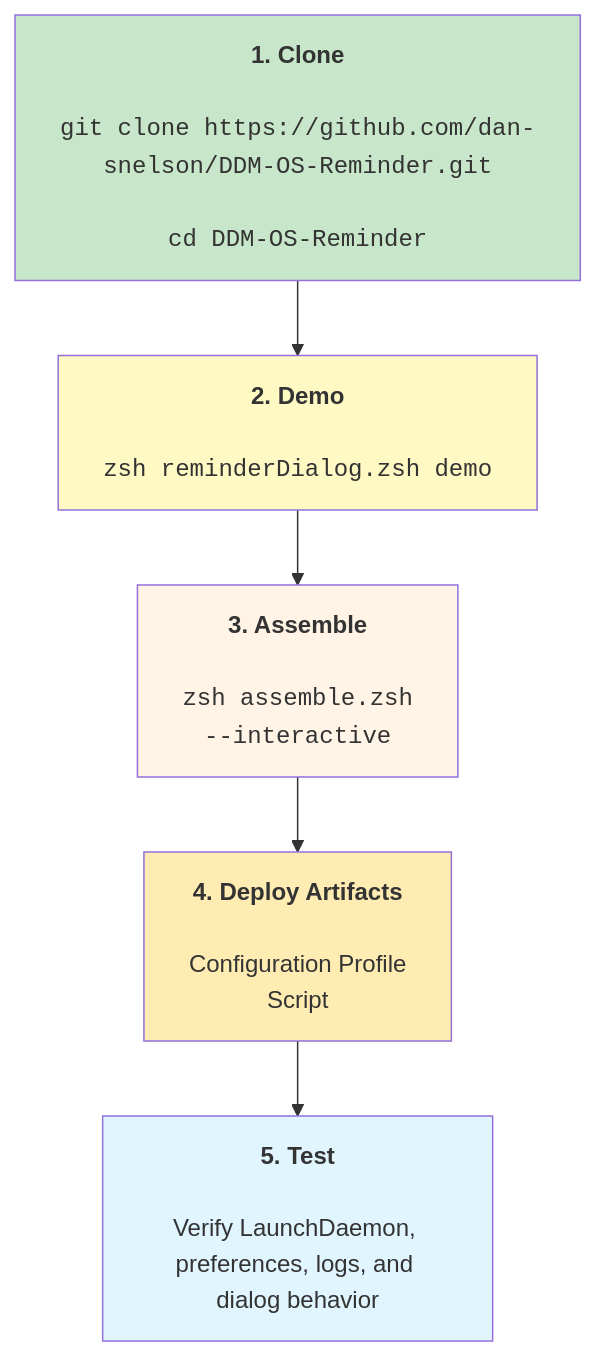
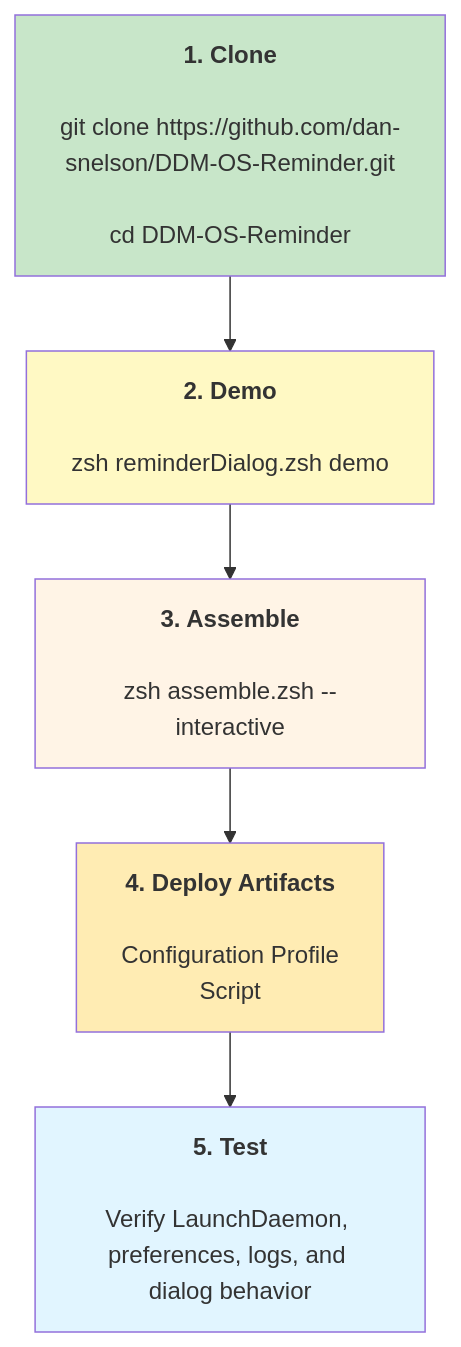
The diagram in Diagrams/00-overview.md (dan-snelson/DDM-OS-Reminder), drawn with Mermaid before and after one commit. The commit also changed 1 other file, not shown here.

````diff
--- a/Diagrams/00-overview.md
+++ b/Diagrams/00-overview.md
@@ -5,16 +5,16 @@
 ```mermaid
 flowchart TD
-    Clone["<b>1. Clone</b><br/><br/><code>git&nbsp;clone&nbsp;https://github.com/dan-snelson/DDM-OS-Reminder.git</code><br/><br/><code>cd&nbsp;DDM-OS-Reminder</code>"]
-    Demo["<b>2. Demo</b><br/><br/><code>zsh&nbsp;reminderDialog.zsh&nbsp;demo</code>"]
-    Assemble["<b>3. Assemble</b><br/><br/><code>zsh&nbsp;assemble.zsh<br/>--interactive</code>"]
+    Clone["<b>1. Clone</b><br/><br/>git&nbsp;clone&nbsp;https://github.com/dan-snelson/DDM-OS-Reminder.git<br/><br/>cd&nbsp;DDM-OS-Reminder"]
+    Demo["<b>2. Demo</b><br/><br/>zsh&nbsp;reminderDialog.zsh&nbsp;demo"]
+    Assemble["<b>3. Assemble</b><br/><br/>zsh&nbsp;assemble.zsh&nbsp;--interactive"]
     Deploy["<b>4. Deploy Artifacts</b><br/><br/>Configuration Profile<br/>Script"]
     Test["<b>5. Test</b><br/><br/>Verify LaunchDaemon, preferences, logs, and dialog behavior"]
 
     Clone --> Demo --> Assemble --> Deploy --> Test
 
     style Clone fill:#c8e6c9
     style Demo fill:#fff9c4
     style Assemble fill:#fff4e6
     style Deploy fill:#ffecb3
     style Test fill:#e1f5ff
 ```
````
